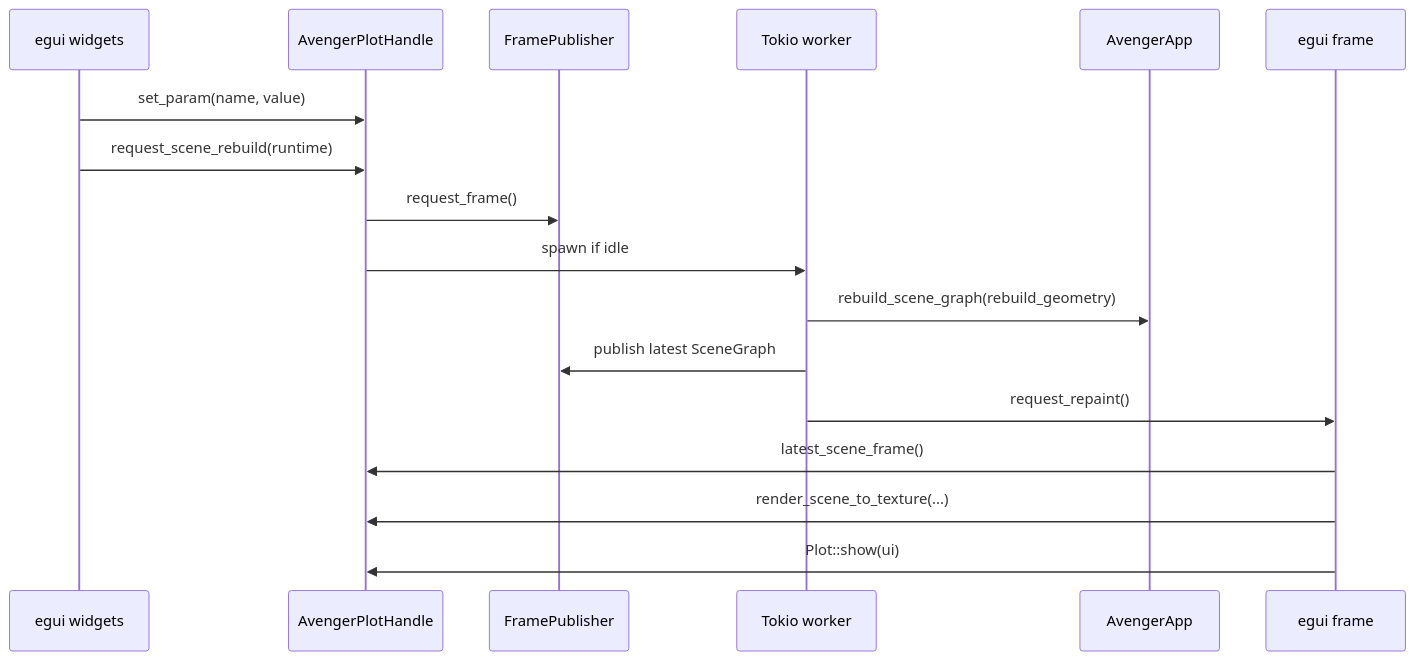
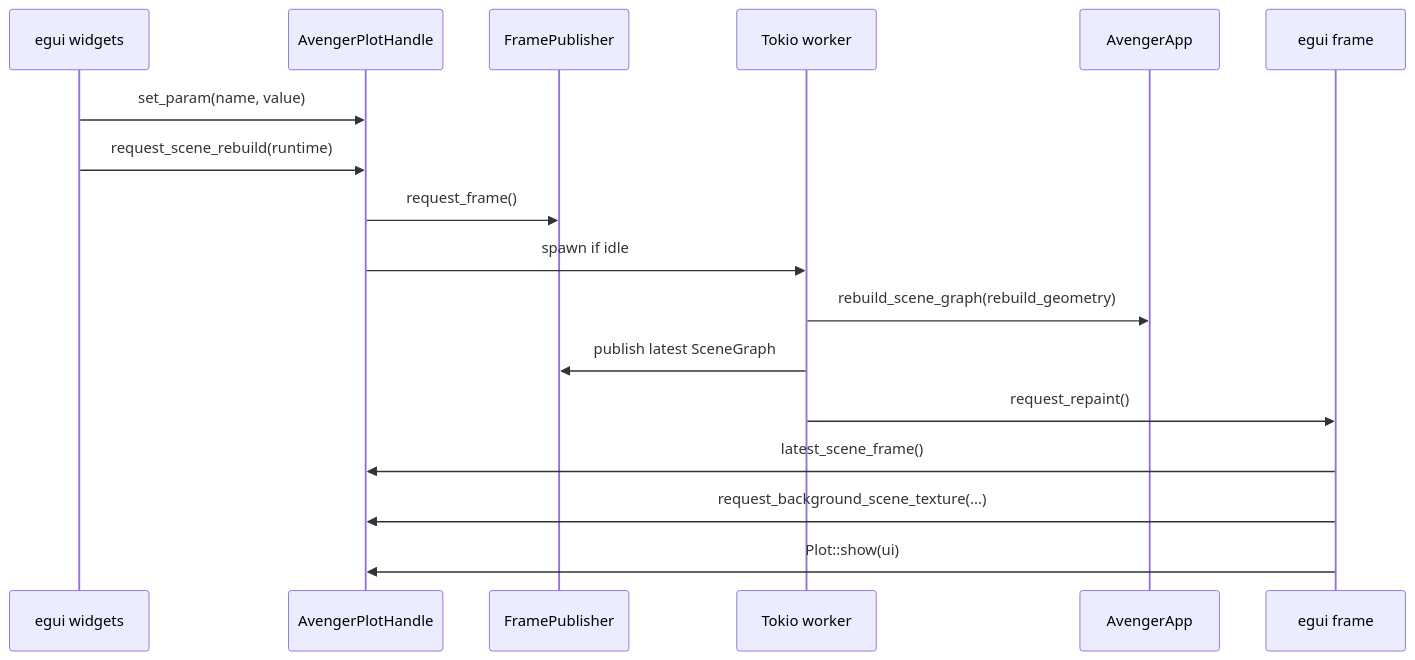
One commit to jonmmease/avenger changed the third of 3 diagrams in avenger-chart/docs/architecture/wgpu-gui-offscreen.md. Above: the diagram before and after it, drawn with Mermaid. The commit also changed other lines of this file and 3 other files, not shown here.

````diff
--- a/avenger-chart/docs/architecture/wgpu-gui-offscreen.md
+++ b/avenger-chart/docs/architecture/wgpu-gui-offscreen.md
@@ -160,20 +179,20 @@
 ```mermaid
 sequenceDiagram
     participant Widget as egui widgets
     participant Handle as AvengerPlotHandle
     participant Publisher as FramePublisher
     participant Worker as Tokio worker
     participant App as AvengerApp
     participant UI as egui frame
 
     Widget->>Handle: set_param(name, value)
     Widget->>Handle: request_scene_rebuild(runtime)
     Handle->>Publisher: request_frame()
     Handle->>Worker: spawn if idle
     Worker->>App: rebuild_scene_graph(rebuild_geometry)
     Worker->>Publisher: publish latest SceneGraph
     Worker->>UI: request_repaint()
     UI->>Handle: latest_scene_frame()
-    UI->>Handle: render_scene_to_texture(...)
+    UI->>Handle: request_background_scene_texture(...)
     UI->>Handle: Plot::show(ui)
 ```
````
